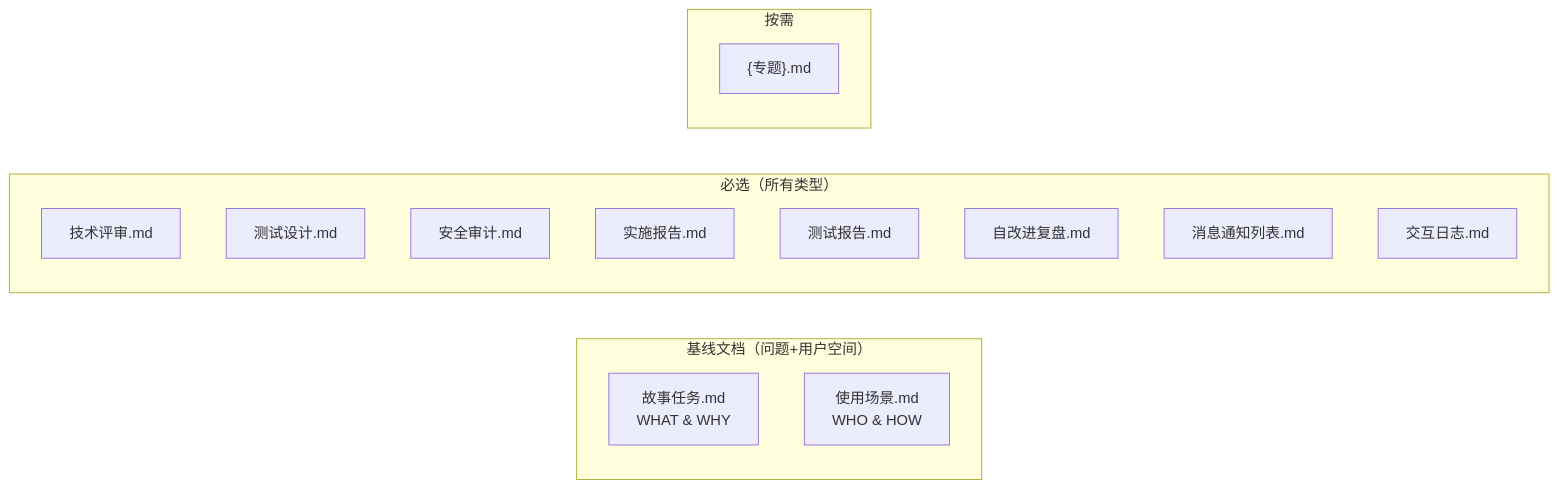
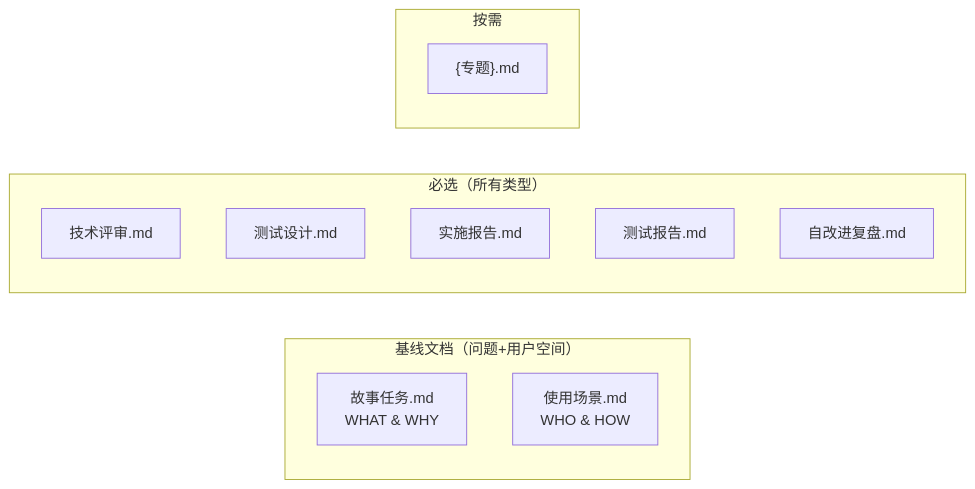
Before and after one commit to effiy/YrY: the first of 3 diagrams in skills/rui/coder.md, drawn with Mermaid. The commit also changed other lines of this file and 91 other files, not shown here.

````diff
--- a/skills/rui/coder.md
+++ b/skills/rui/coder.md
@@ -20,21 +20,18 @@
 ```mermaid
 flowchart LR
     subgraph 基线["基线文档（问题+用户空间）"]
         B1["故事任务.md<br/>WHAT & WHY"]:::baseline
         B2["使用场景.md<br/>WHO & HOW"]:::baseline
     end
     subgraph 必选["必选（所有类型）"]
         C1["技术评审.md"]:::must
         C2["测试设计.md"]:::must
-        C3["安全审计.md"]:::must
         C4["实施报告.md"]:::must
         C5["测试报告.md"]:::must
         C6["自改进复盘.md"]:::must
-        C7["消息通知列表.md"]:::must
-        C8["交互日志.md"]:::must
     end
     subgraph 补充["按需"]
         E1["{专题}.md"]:::supp
     end
 
 ```
````
